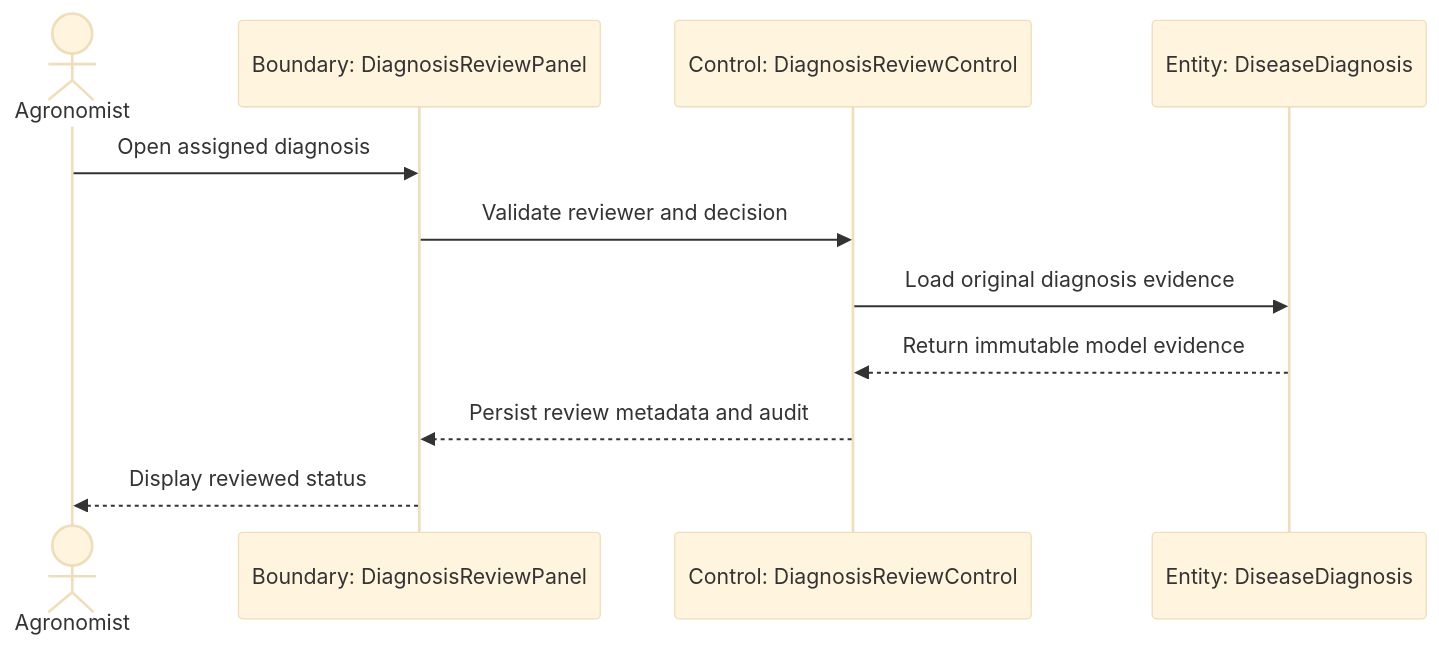
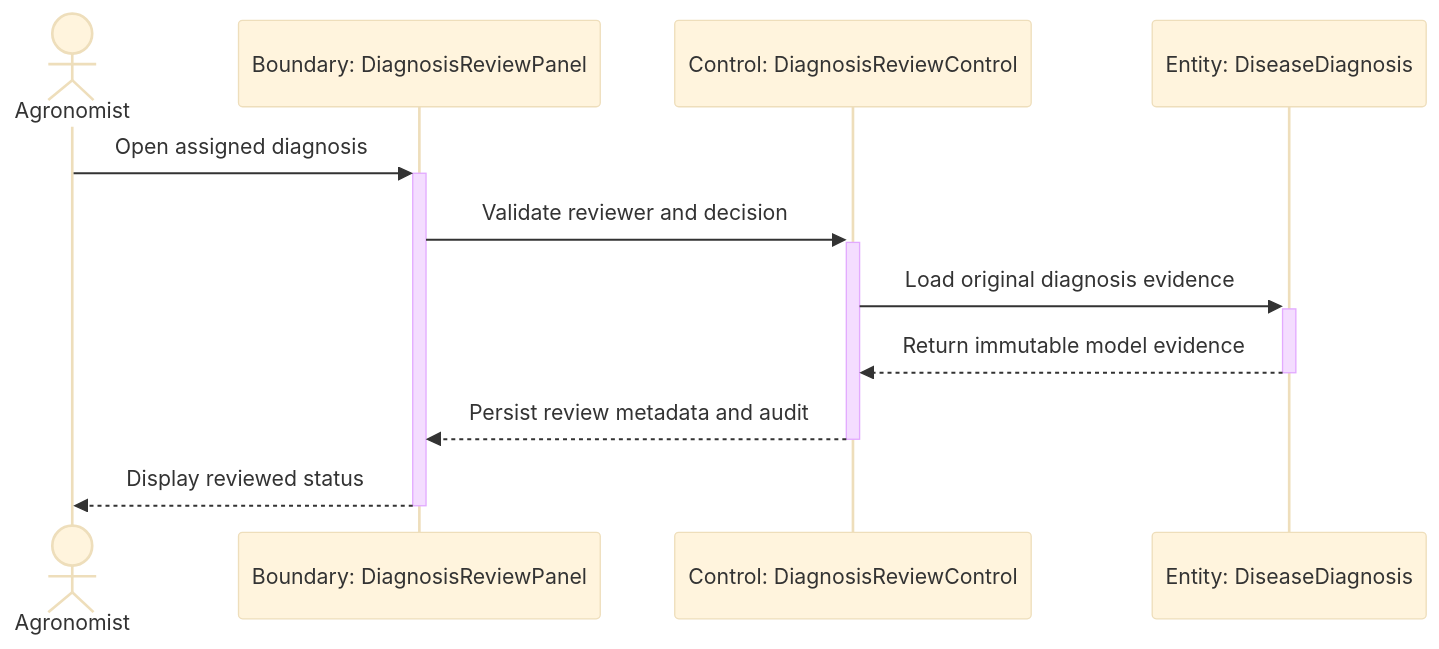
One commit to zhabgjialu2003-sudo/Counting-Maize-Tassels-in-the-Wild-via-Deep-Neural-Network changed the diagram in docs/design/uml/story-extensions/c-7/sequence.mmd. Above: the diagram before and after it, drawn with Mermaid (base theme). The commit also changed 32 other files, not shown here.

First line of the commit message:
docs(diagrams): add sequence activation bars

```diff
--- a/docs/design/uml/story-extensions/c-7/sequence.mmd
+++ b/docs/design/uml/story-extensions/c-7/sequence.mmd
@@ -1,11 +1,11 @@
 sequenceDiagram
 actor Agronomist as Agronomist
 participant DiagnosisReviewPanel as Boundary: DiagnosisReviewPanel
 participant DiagnosisReviewControl as Control: DiagnosisReviewControl
 participant DiseaseDiagnosis as Entity: DiseaseDiagnosis
-Agronomist->>DiagnosisReviewPanel: Open assigned diagnosis
-DiagnosisReviewPanel->>DiagnosisReviewControl: Validate reviewer and decision
-DiagnosisReviewControl->>DiseaseDiagnosis: Load original diagnosis evidence
-DiseaseDiagnosis-->>DiagnosisReviewControl: Return immutable model evidence
-DiagnosisReviewControl-->>DiagnosisReviewPanel: Persist review metadata and audit
-DiagnosisReviewPanel-->>Agronomist: Display reviewed status
+Agronomist->>+DiagnosisReviewPanel: Open assigned diagnosis
+DiagnosisReviewPanel->>+DiagnosisReviewControl: Validate reviewer and decision
+DiagnosisReviewControl->>+DiseaseDiagnosis: Load original diagnosis evidence
+DiseaseDiagnosis-->>-DiagnosisReviewControl: Return immutable model evidence
+DiagnosisReviewControl-->>-DiagnosisReviewPanel: Persist review metadata and audit
+DiagnosisReviewPanel-->>-Agronomist: Display reviewed status
```
